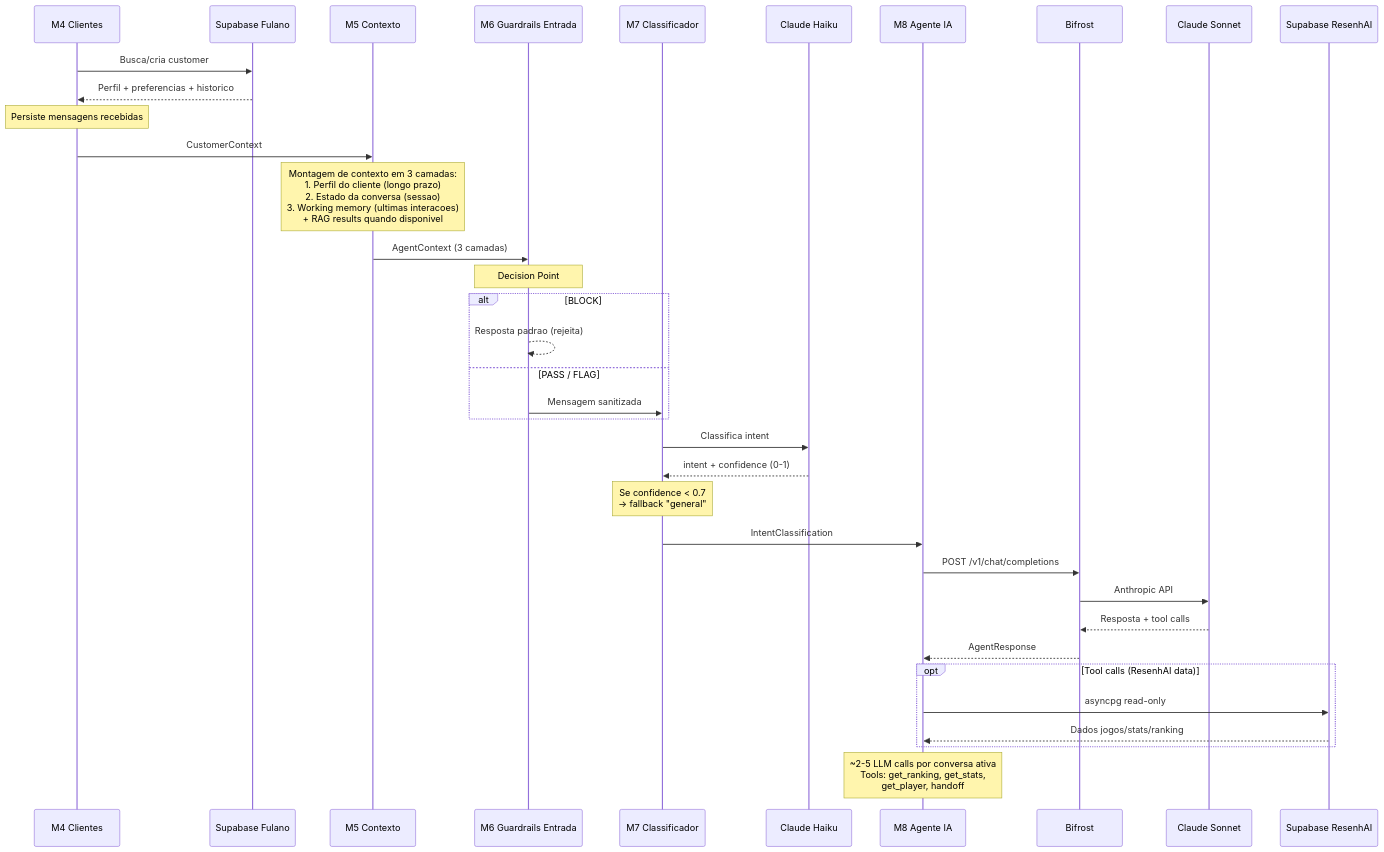
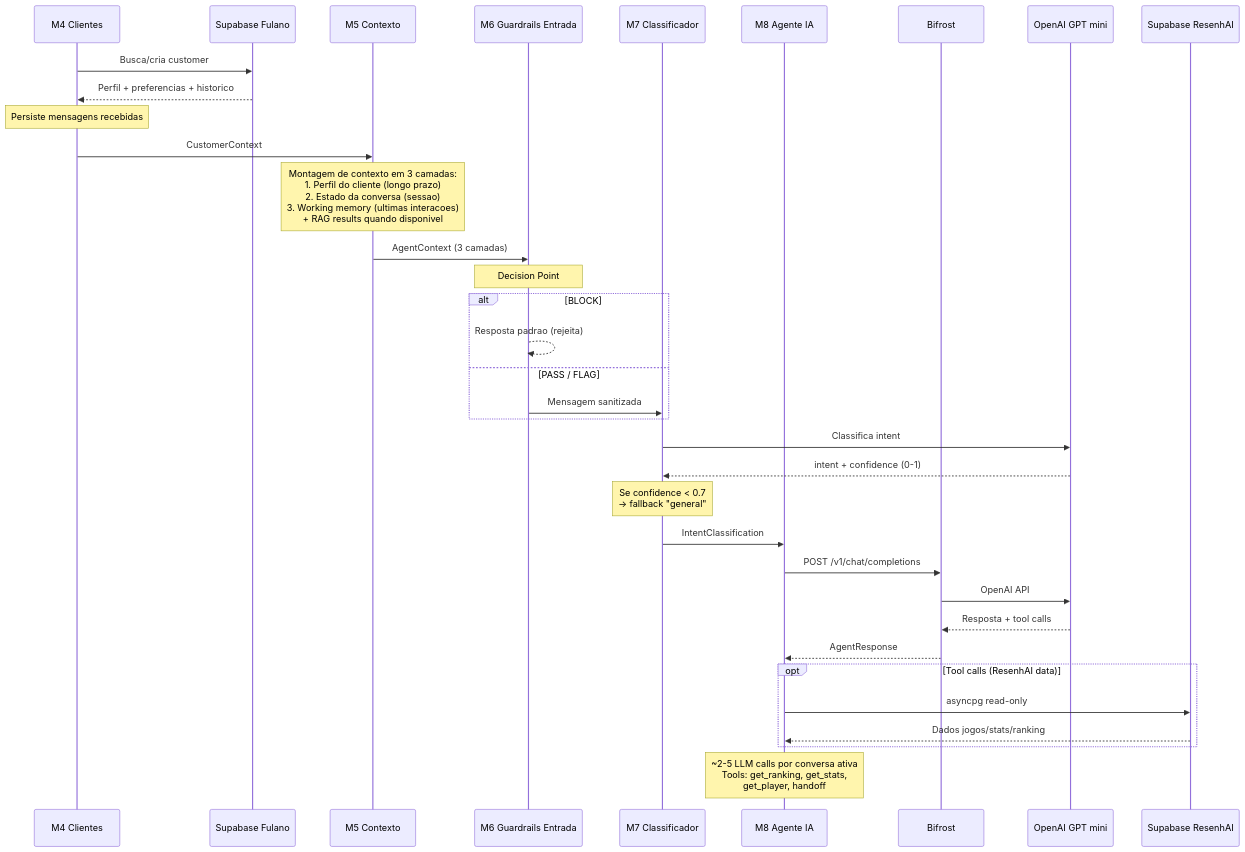
Before and after one commit to paceautomations/madruga.ai: the fourth of 10 diagrams in platforms/fulano/business/process.md, drawn with Mermaid. The commit also changed other lines of this file and 7 other files, not shown here.

First line of the commit message:
fix: align fulano engineering docs — pipeline flow, enums, LLM provider

````diff
--- a/platforms/fulano/business/process.md
+++ b/platforms/fulano/business/process.md
@@ -119,45 +122,44 @@
 ```mermaid
 sequenceDiagram
     participant M4 as M4 Clientes
     participant DB as Supabase Fulano
     participant M5 as M5 Contexto
     participant M6 as M6 Guardrails Entrada
     participant M7 as M7 Classificador
-    participant Haiku as Claude Haiku
     participant M8 as M8 Agente IA
     participant Bifrost
-    participant Sonnet as Claude Sonnet
+    participant GPTmini as OpenAI GPT mini
     participant ResenhAI as Supabase ResenhAI
 
     M4->>DB: Busca/cria customer
     DB-->>M4: Perfil + preferencias + historico
     Note over M4: Persiste mensagens recebidas
 
     M4->>M5: CustomerContext
     Note over M5: Montagem de contexto em 3 camadas:<br/>1. Perfil do cliente (longo prazo)<br/>2. Estado da conversa (sessao)<br/>3. Working memory (ultimas interacoes)<br/>+ RAG results quando disponivel
 
     M5->>M6: AgentContext (3 camadas)
     Note over M6: Decision Point #2<br/>PII: CPF, telefone, email<br/>Toxicidade: conteudo ofensivo<br/>Injection: prompt injection
     alt BLOCK
         M6-->>M6: Resposta padrao (rejeita)
     else PASS / FLAG
         M6->>M7: Mensagem sanitizada
     end
 
-    M7->>Haiku: Classifica intent
-    Haiku-->>M7: intent + confidence (0-1)
+    M7->>GPTmini: Classifica intent
+    GPTmini-->>M7: intent + confidence (0-1)
     Note over M7: Se confidence < 0.7<br/>→ fallback "general"
 
     M7->>M8: IntentClassification
     M8->>Bifrost: POST /v1/chat/completions
-    Bifrost->>Sonnet: Anthropic API
-    Sonnet-->>Bifrost: Resposta + tool calls
+    Bifrost->>GPTmini: OpenAI API
+    GPTmini-->>Bifrost: Resposta + tool calls
     Bifrost-->>M8: AgentResponse
 
     opt Tool calls (ResenhAI data)
         M8->>ResenhAI: asyncpg read-only
         ResenhAI-->>M8: Dados jogos/stats/ranking
     end
 
     Note over M8: ~2-5 LLM calls por conversa ativa<br/>Tools: get_ranking, get_stats,<br/>get_player, handoff
 ```
````
